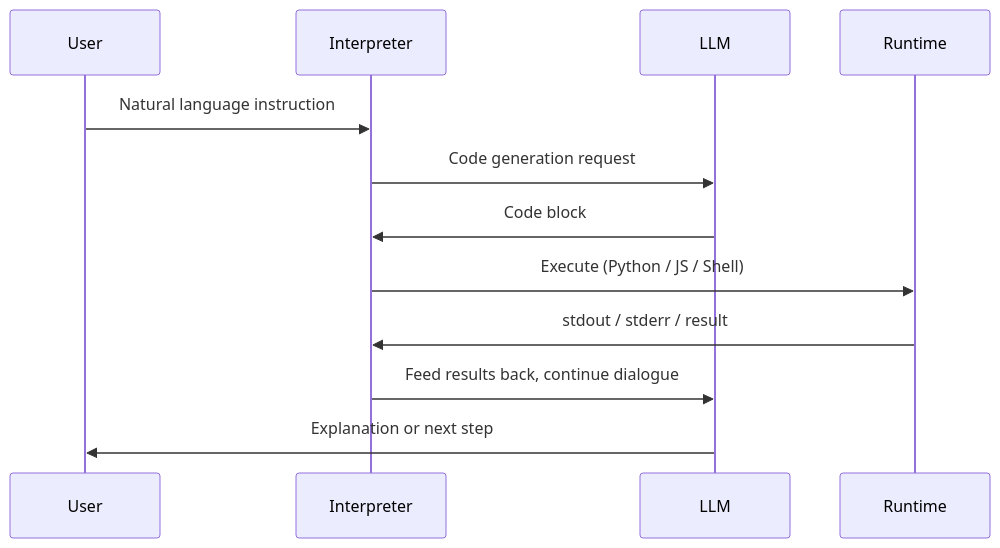
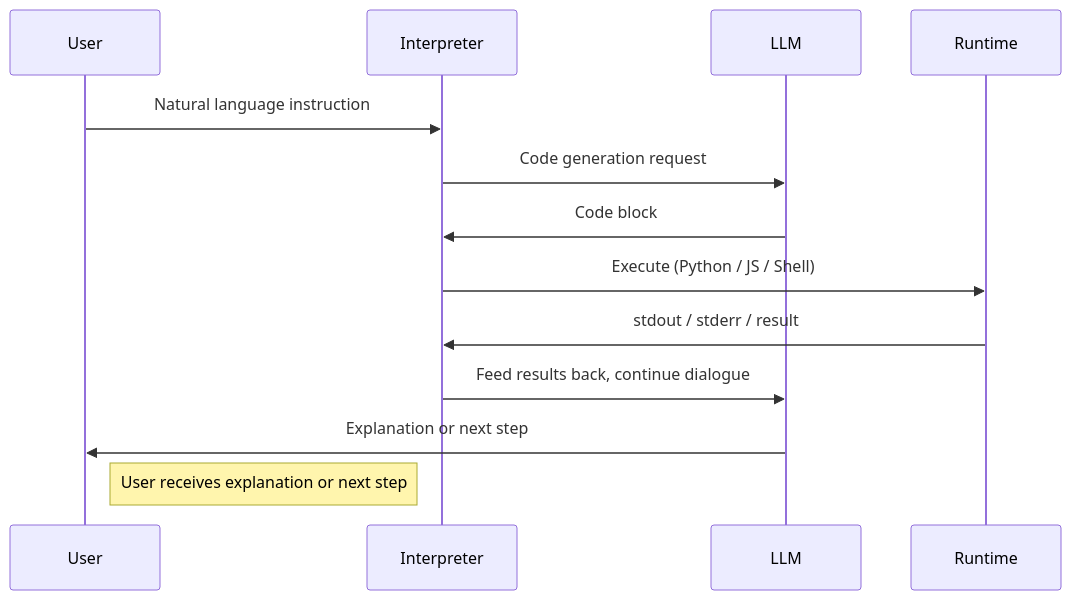
Before and after one commit to a920604a/engineernews: the diagram in src/content/posts/tech/2026-04-26-github110github.en.md, drawn with Mermaid. The commit also changed 4 other files, not shown here.

Commit message:
fix: auto-fix mermaid syntax errors in posts

````diff
--- a/src/content/posts/tech/2026-04-26-github110github.en.md
+++ b/src/content/posts/tech/2026-04-26-github110github.en.md
@@ -62,14 +62,15 @@
 ```mermaid
 sequenceDiagram
   participant User
   participant Interpreter
   participant LLM
   participant Runtime
   User->>Interpreter: Natural language instruction
   Interpreter->>LLM: Code generation request
   LLM->>Interpreter: Code block
   Interpreter->>Runtime: Execute (Python / JS / Shell)
   Runtime->>Interpreter: stdout / stderr / result
   Interpreter->>LLM: Feed results back, continue dialogue
   LLM->>User: Explanation or next step
+  Note right of User: User receives explanation or next step
 ```
````
